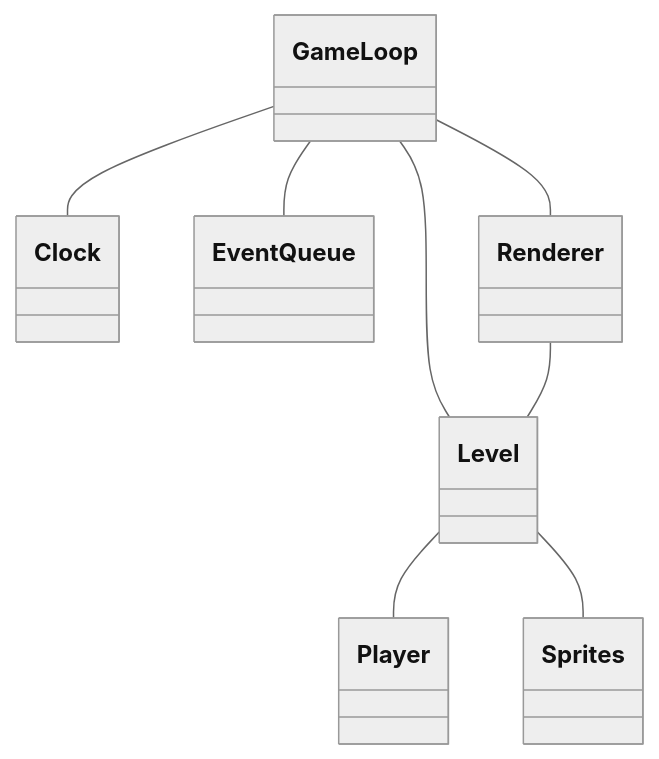
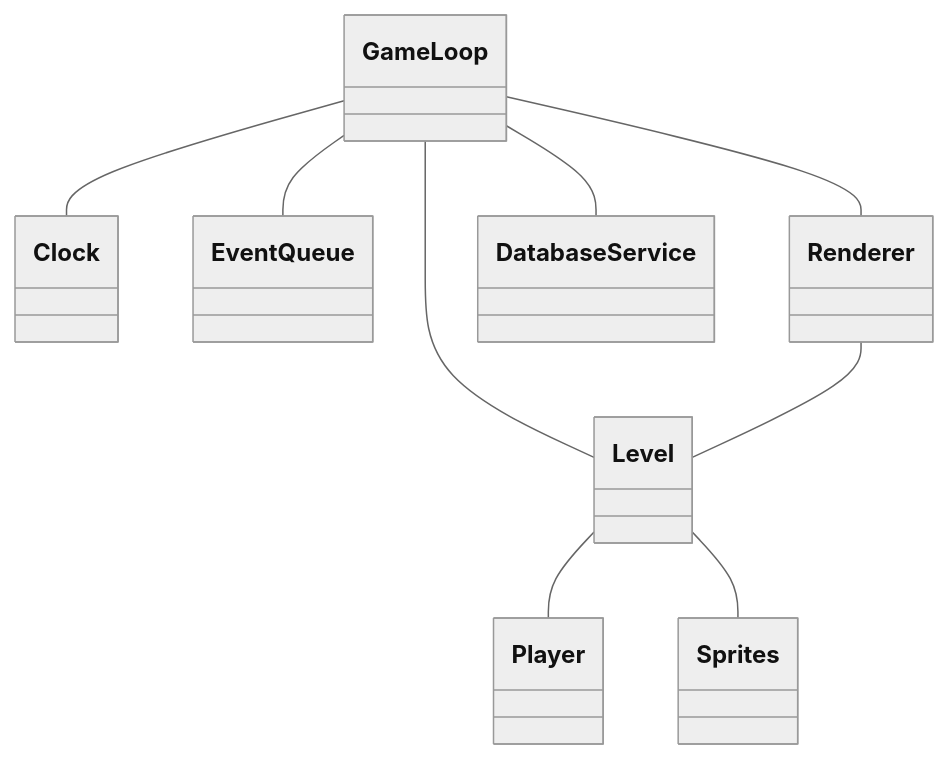
One commit to kortekoski/ot-harjoitustyo changed the first of 2 diagrams in projekti/dokumentaatio/arkkitehtuuri.md. Above: the diagram before and after it, drawn with Mermaid (neutral theme). The commit also changed other lines of this file and 18 other files, not shown here.

````diff
--- a/projekti/dokumentaatio/arkkitehtuuri.md
+++ b/projekti/dokumentaatio/arkkitehtuuri.md
@@ -7,10 +7,11 @@
 ```mermaid
  classDiagram
     GameLoop -- Clock
     GameLoop -- Level
     GameLoop -- EventQueue
     GameLoop -- Renderer
+    GameLoop -- DatabaseService
     Renderer -- Level
     Level -- Player
     Level -- Sprites
 ```
````
